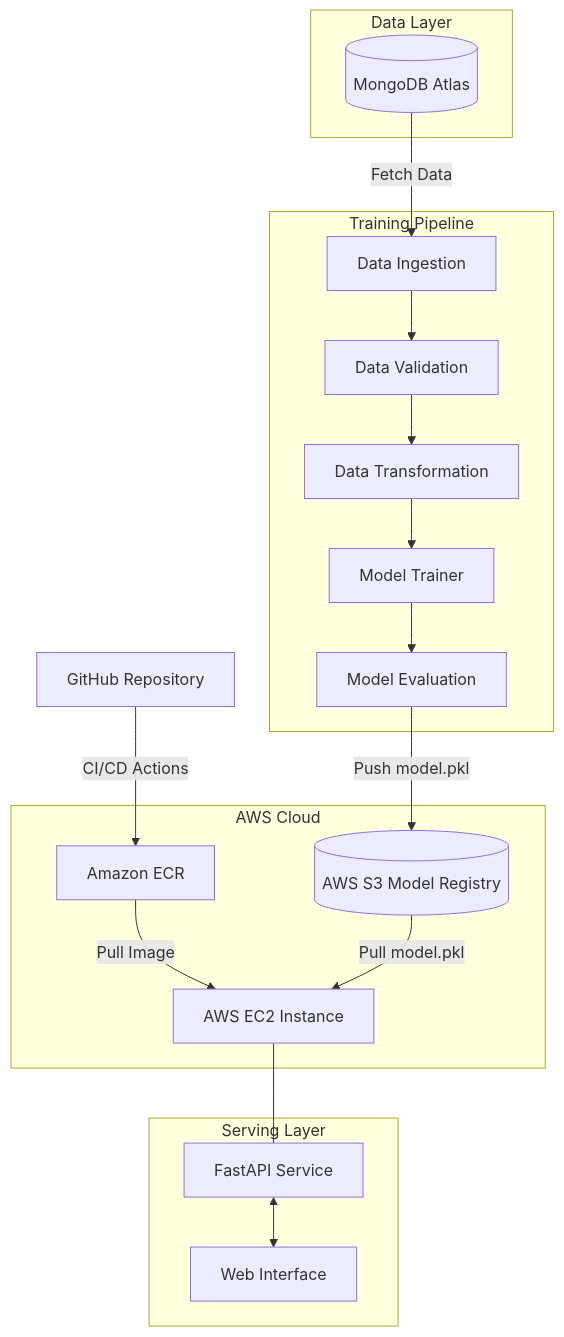
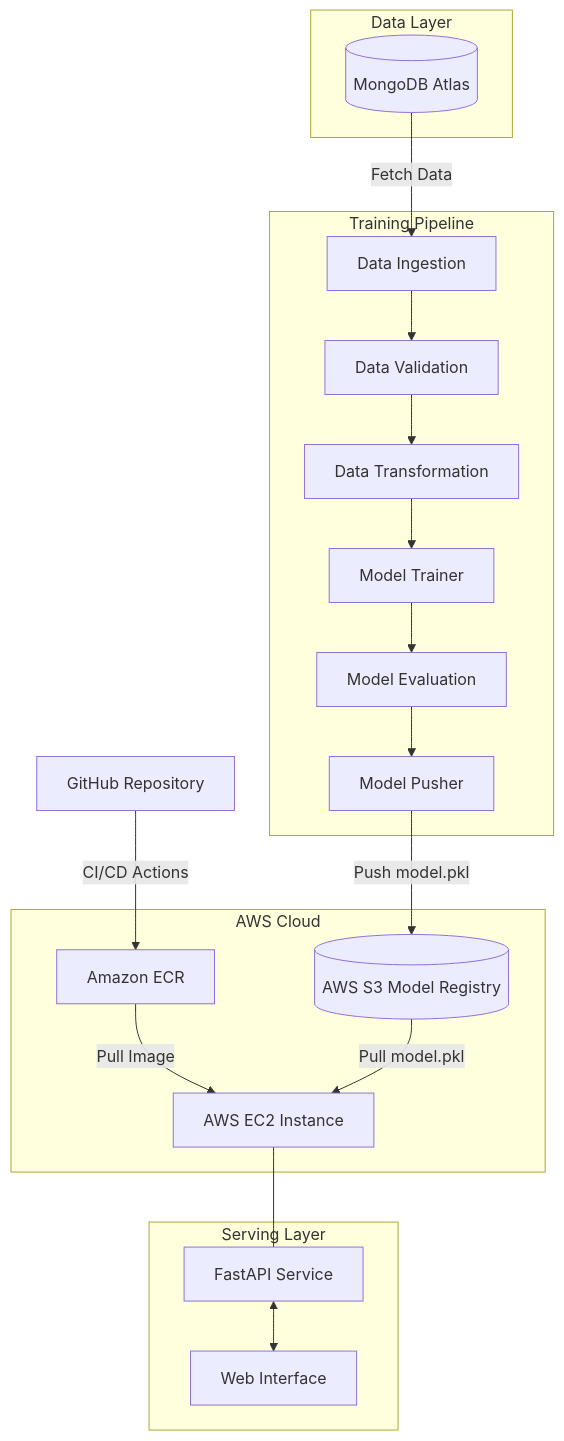
Before and after one commit to ThakurNishant2004/Vehicle-Insurance: the first of 2 diagrams in README.md, drawn with Mermaid. The commit also changed other lines of this file, not shown here.

````diff
--- a/README.md
+++ b/README.md
@@ -62,33 +65,34 @@
 ```mermaid
 flowchart TD
     subgraph DataLayer [Data Layer]
         DB[(MongoDB Atlas)]
     end
 
     subgraph MLOpsPipeline [Training Pipeline]
         DI[Data Ingestion] --> DV[Data Validation]
         DV --> DT[Data Transformation]
         DT --> MT[Model Trainer]
         MT --> ME[Model Evaluation]
+        ME --> MP[Model Pusher]
     end
 
     subgraph AWSCloud [AWS Cloud]
         S3[(AWS S3 Model Registry)]
         ECR[Amazon ECR]
         EC2[AWS EC2 Instance]
     end
 
     subgraph ServingLayer [Serving Layer]
         API[FastAPI Service]
         UI[Web Interface]
     end
 
     DB -->|Fetch Data| DI
-    ME -->|Push model.pkl| S3
+    MP -->|Push model.pkl| S3
 
     Code[GitHub Repository] -->|CI/CD Actions| ECR
     ECR -->|Pull Image| EC2
     S3 -->|Pull model.pkl| EC2
     EC2 --- API
     API <--> UI
 ```
````
